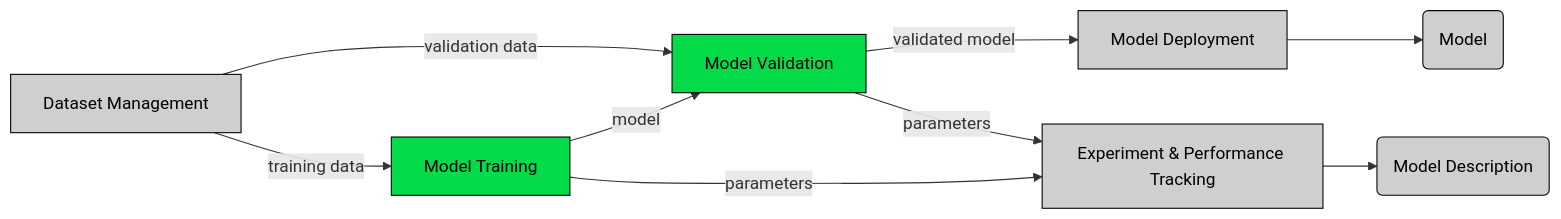
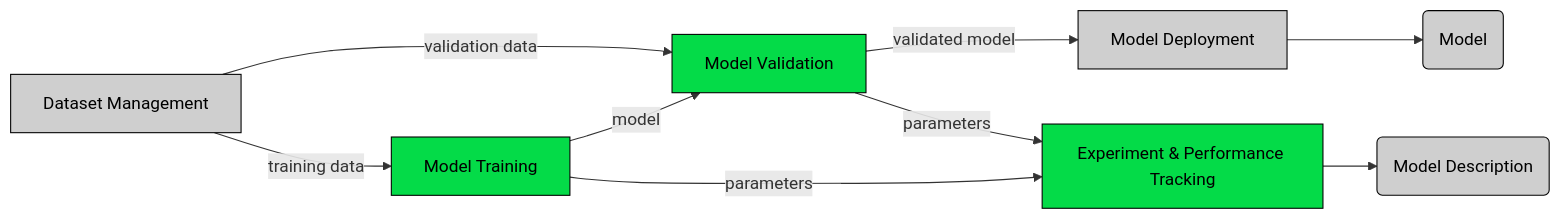
Before and after one commit to DRAIVE/yolov5: the diagram in readme.md, drawn with Mermaid. The commit also changed other lines of this file, not shown here.

````diff
--- a/readme.md
+++ b/readme.md
@@ -3,16 +3,16 @@
 ```mermaid
 
 graph LR
     A[<font color=black>Dataset Management] -->|training data| B[<font color=black>Model Training]
     A -->|validation data| C[<font color=black>Model Validation]
     B --> |model| C[<font color=black>Model Validation]
     C:::covered -->|validated model| D[<font color=black>Model Deployment]
     C --> |parameters| E[<font color=black>Experiment & Performance Tracking]
     B:::covered --> |parameters|E[<font color=black>Experiment & Performance Tracking]
     D --> F(<font color=black>Model)
-    E --> G(<font color=black>Model Description)
+    E:::covered --> G(<font color=black>Model Description)
 
     classDef covered fill:#04db48, stroke:#000000;
     classDef default fill:#cfcfcf, stroke:#000000;
 
 ```
````
